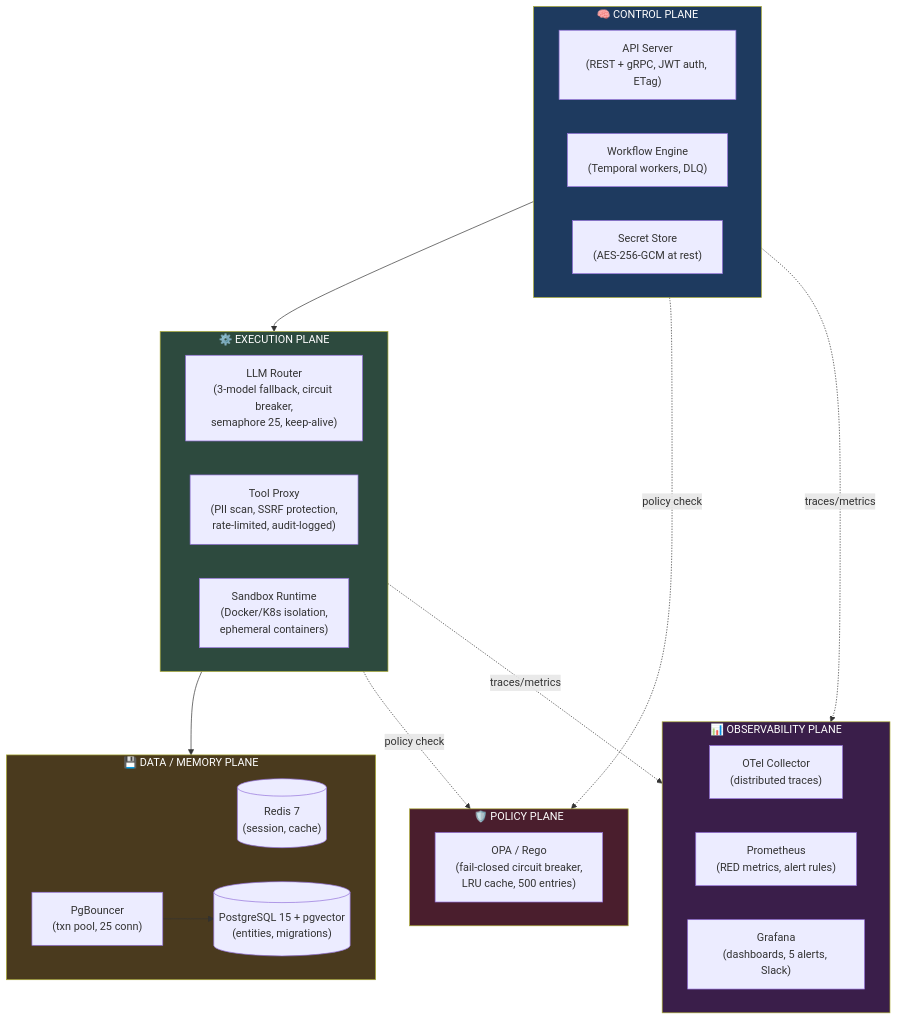
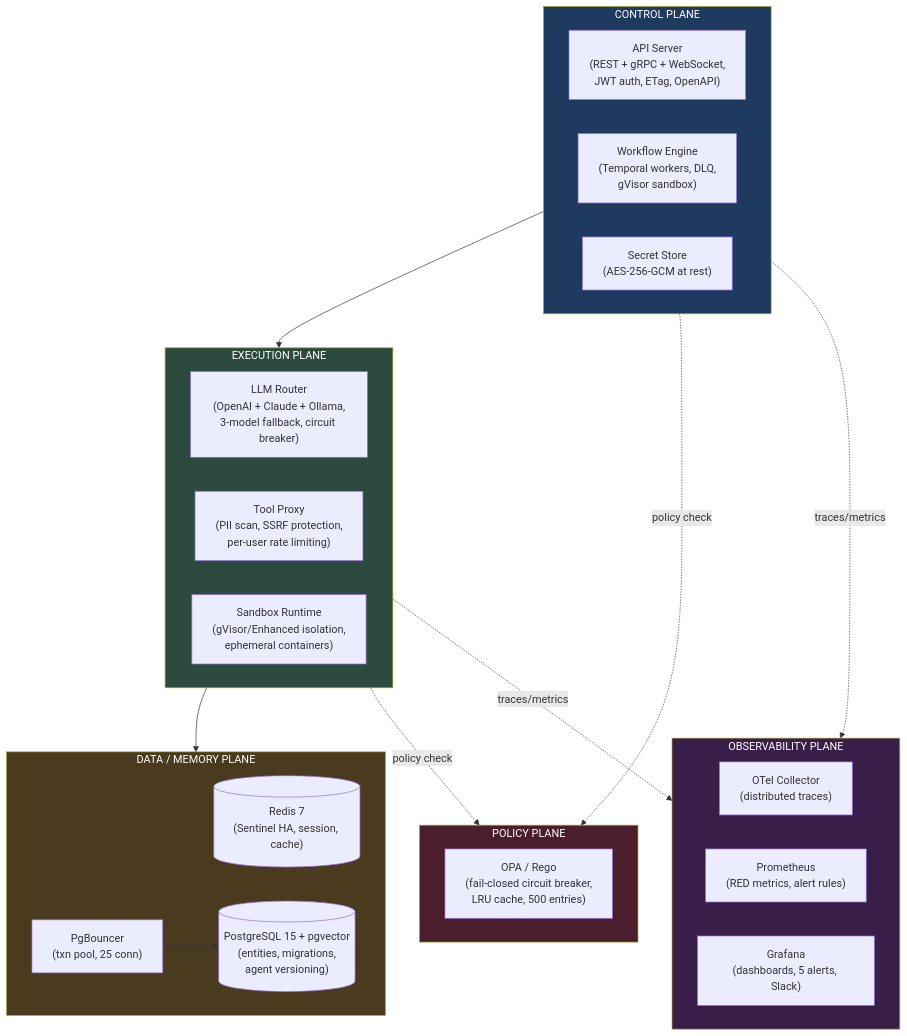
The diagram in README.md (Ismail-2001/Enterprise-Grade-Agent-Orchestration-Platform), drawn with Mermaid before and after one commit. The commit also changed other lines of this file and 1 other file, not shown here.

````diff
--- a/README.md
+++ b/README.md
@@ -114,48 +115,48 @@
 ```mermaid
 flowchart TB
-    subgraph CP["🧠 CONTROL PLANE"]
+    subgraph CP["CONTROL PLANE"]
         direction LR
-        API["API Server<br/>(REST + gRPC, JWT auth, ETag)"]
-        WF["Workflow Engine<br/>(Temporal workers, DLQ)"]
+        API["API Server<br/>(REST + gRPC + WebSocket,<br/>JWT auth, ETag, OpenAPI)"]
+        WF["Workflow Engine<br/>(Temporal workers, DLQ,<br/>gVisor sandbox)"]
         SEC["Secret Store<br/>(AES-256-GCM at rest)"]
     end
 
-    subgraph EP["⚙️ EXECUTION PLANE"]
+    subgraph EP["EXECUTION PLANE"]
         direction LR
-        LLM["LLM Router<br/>(3-model fallback, circuit breaker,<br/>semaphore 25, keep-alive)"]
-        TOOL["Tool Proxy<br/>(PII scan, SSRF protection,<br/>rate-limited, audit-logged)"]
-        SBX["Sandbox Runtime<br/>(Docker/K8s isolation,<br/>ephemeral containers)"]
+        LLM["LLM Router<br/>(OpenAI + Claude + Ollama,<br/>3-model fallback, circuit breaker)"]
+        TOOL["Tool Proxy<br/>(PII scan, SSRF protection,<br/>per-user rate limiting)"]
+        SBX["Sandbox Runtime<br/>(gVisor/Enhanced isolation,<br/>ephemeral containers)"]
     end
 
-    subgraph DP["💾 DATA / MEMORY PLANE"]
+    subgraph DP["DATA / MEMORY PLANE"]
         direction LR
-        REDIS[("Redis 7<br/>(session, cache)")]
-        PG[("PostgreSQL 15 + pgvector<br/>(entities, migrations)")]
+        REDIS[("Redis 7<br/>(Sentinel HA, session, cache)")]
+        PG[("PostgreSQL 15 + pgvector<br/>(entities, migrations,<br/>agent versioning)")]
         PGB["PgBouncer<br/>(txn pool, 25 conn)"]
     end
 
-    subgraph PP["🛡️ POLICY PLANE"]
+    subgraph PP["POLICY PLANE"]
         OPA["OPA / Rego<br/>(fail-closed circuit breaker,<br/>LRU cache, 500 entries)"]
     end
 
-    subgraph OP["📊 OBSERVABILITY PLANE"]
+    subgraph OP["OBSERVABILITY PLANE"]
         direction LR
         OTEL["OTel Collector<br/>(distributed traces)"]
         PROM["Prometheus<br/>(RED metrics, alert rules)"]
         GRAF["Grafana<br/>(dashboards, 5 alerts, Slack)"]
     end
 
     CP --> EP
     EP --> DP
     PGB --> PG
     CP -.policy check.-> PP
     EP -.policy check.-> PP
     CP -.traces/metrics.-> OP
     EP -.traces/metrics.-> OP
 
     style CP fill:#1e3a5f,color:#fff
     style EP fill:#2d4a3e,color:#fff
     style DP fill:#4a3a1e,color:#fff
     style PP fill:#4a1e2d,color:#fff
     style OP fill:#3a1e4a,color:#fff
 ```
````
